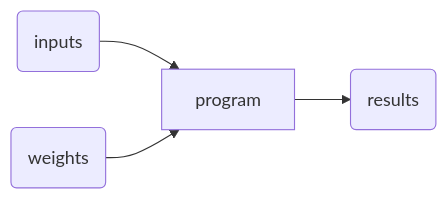
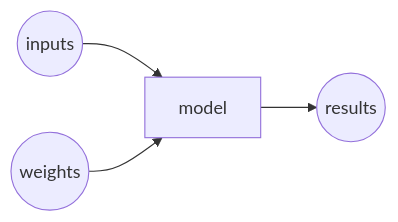
The third of 8 diagrams in smartbook/Fastai-01.md (Jaas-Wang/smartbook), drawn with Mermaid before and after one commit. The commit also changed other lines of this file, not shown here.

````diff
--- a/smartbook/Fastai-01.md
+++ b/smartbook/Fastai-01.md
@@ -650,11 +646,11 @@
 ```mermaid
 graph LR
 
-B(inputs)
-C(weights)
-D[program]
-E(results)
-B --> D
-C --> D
+B((inputs))
+C((weights))
+D[model]
+E((results))
+B --> D;
+C --> D;
 D --> E
 ```
````
